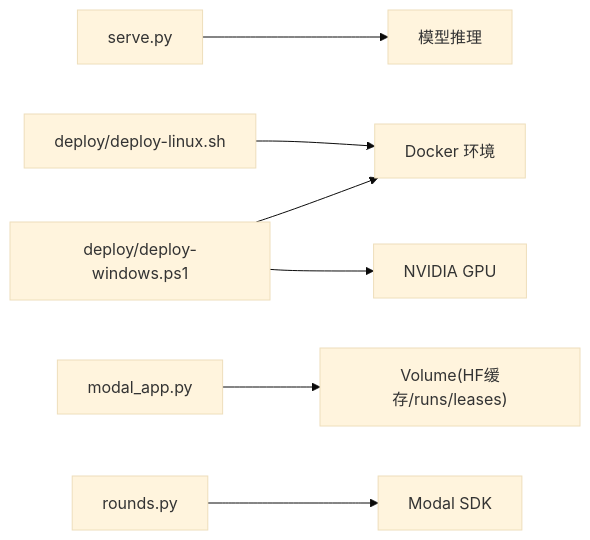
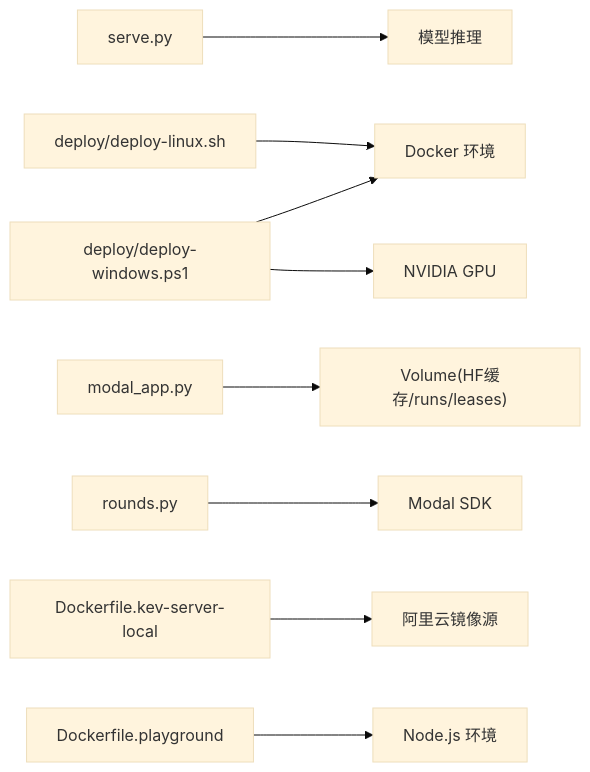
One commit to joezxh/kev changed the eighth of 8 diagrams in .qoder/repowiki/zh/content/部署指南/部署指南.md. Above: the diagram before and after it, drawn with Mermaid (base theme). The commit also changed other lines of this file and 220 other files, not shown here.

````diff
--- a/.qoder/repowiki/zh/content/部署指南/部署指南.md
+++ b/.qoder/repowiki/zh/content/部署指南/部署指南.md
@@ -472,9 +520,11 @@
 ```mermaid
 graph LR
 Serve["serve.py"] --> Model["模型推理"]
 LinuxScript["deploy/deploy-linux.sh"] --> Docker["Docker 环境"]
 WinPSScript["deploy/deploy-windows.ps1"] --> Docker
 WinPSScript --> NVIDIA["NVIDIA GPU"]
 ModalApp["modal_app.py"] --> Volume["Volume(HF缓存/runs/leases)"]
 Rounds["rounds.py"] --> ModalSDK["Modal SDK"]
+LocalImage["Dockerfile.kev-server-local"] --> Aliyun["阿里云镜像源"]
+Playground["Dockerfile.playground"] --> NodeJS["Node.js 环境"]
 ```
````
